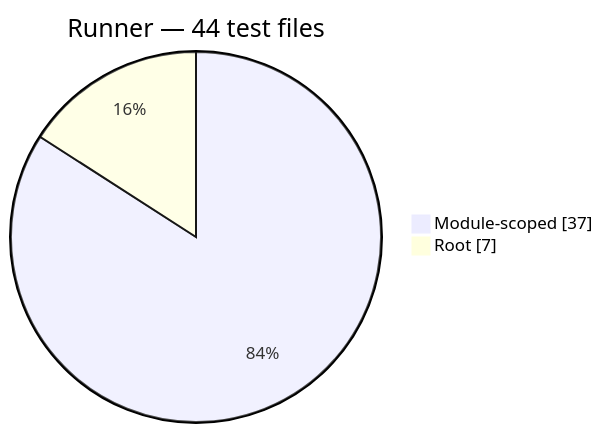
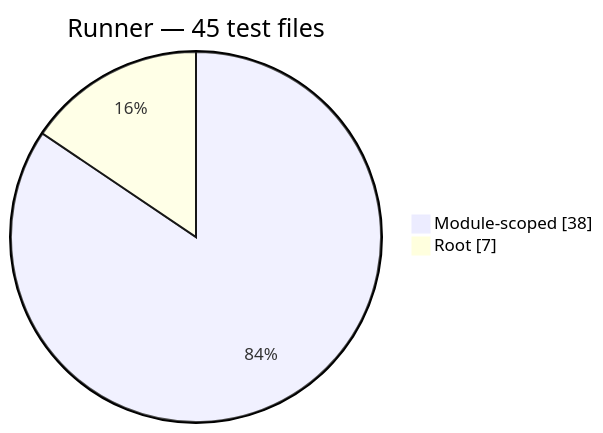
Before and after one commit to Mohammed-Alama/php-arazzo: the ninth of 12 diagrams in docs/generated/test-composition.md, drawn with Mermaid. The commit also changed other lines of this file and 16 other files, not shown here.

````diff
--- a/docs/generated/test-composition.md
+++ b/docs/generated/test-composition.md
@@ -120,6 +120,6 @@
 ```mermaid
 pie showData
-    title Runner — 44 test files
-    "Module-scoped": 37
+    title Runner — 45 test files
+    "Module-scoped": 38
     "Root": 7
 ```
````
